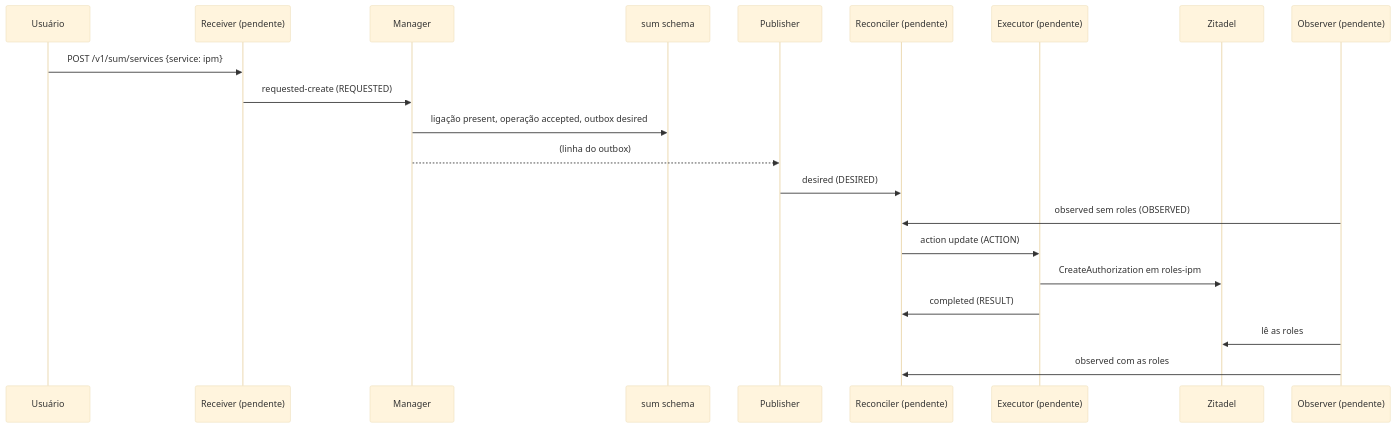
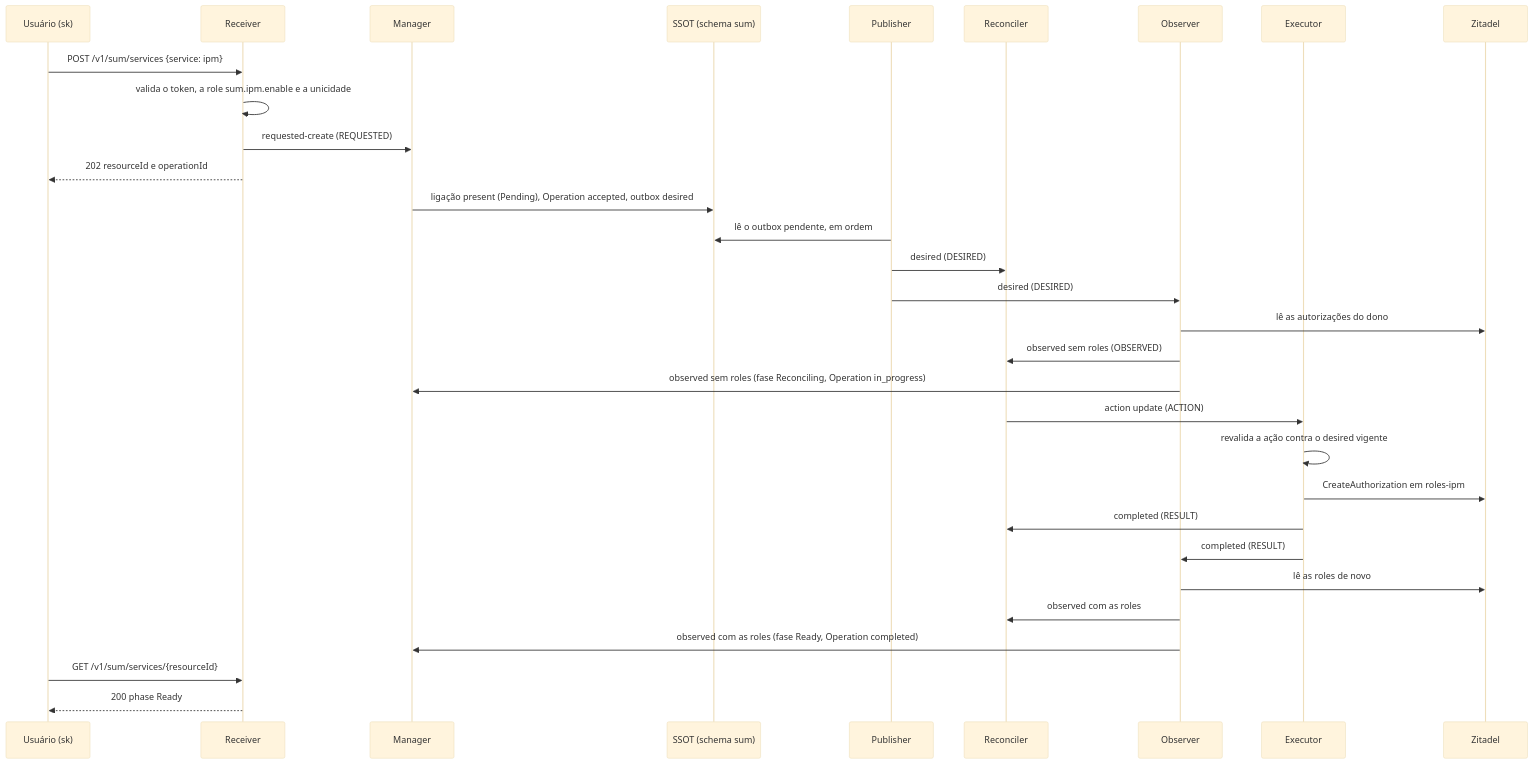
One commit to danielsabatini/smarkee changed the diagram in features/sum/service/docs/flow/01-ligar-servico.mmd. Above: the diagram before and after it, drawn with Mermaid (base theme). The commit also changed 21 other files, not shown here.

Commit message:
docs(sum): README, fluxo de dados e diagramas do serviço

```diff
--- a/features/sum/service/docs/flow/01-ligar-servico.mmd
+++ b/features/sum/service/docs/flow/01-ligar-servico.mmd
@@ -1,21 +1,31 @@
 sequenceDiagram
-  participant U as Usuário
-  participant R as Receiver (pendente)
+  participant U as Usuário (sk)
+  participant R as Receiver
   participant M as Manager
-  participant DB as sum schema
+  participant DB as SSOT (schema sum)
   participant P as Publisher
-  participant REC as Reconciler (pendente)
-  participant EX as Executor (pendente)
+  participant REC as Reconciler
+  participant OB as Observer
+  participant EX as Executor
   participant Z as Zitadel
-  participant OB as Observer (pendente)
   U->>R: POST /v1/sum/services {service: ipm}
+  R->>R: valida o token, a role sum.ipm.enable e a unicidade
   R->>M: requested-create (REQUESTED)
-  M->>DB: ligação present, operação accepted, outbox desired
-  M-->>P: (linha do outbox)
+  R-->>U: 202 resourceId e operationId
+  M->>DB: ligação present (Pending), Operation accepted, outbox desired
+  P->>DB: lê o outbox pendente, em ordem
   P->>REC: desired (DESIRED)
+  P->>OB: desired (DESIRED)
+  OB->>Z: lê as autorizações do dono
   OB->>REC: observed sem roles (OBSERVED)
+  OB->>M: observed sem roles (fase Reconciling, Operation in_progress)
   REC->>EX: action update (ACTION)
+  EX->>EX: revalida a ação contra o desired vigente
   EX->>Z: CreateAuthorization em roles-ipm
   EX->>REC: completed (RESULT)
-  OB->>Z: lê as roles
+  EX->>OB: completed (RESULT)
+  OB->>Z: lê as roles de novo
   OB->>REC: observed com as roles
+  OB->>M: observed com as roles (fase Ready, Operation completed)
+  U->>R: GET /v1/sum/services/{resourceId}
+  R-->>U: 200 phase Ready
```
